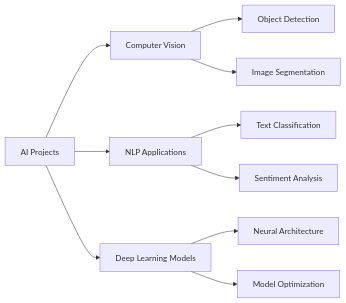
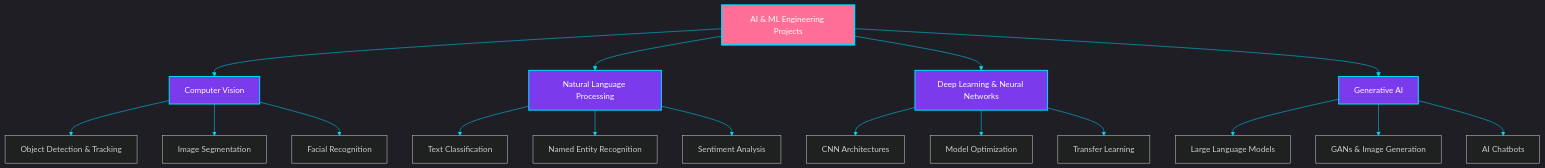
Before and after one commit to mostafaabdoelgohary2003AI/mostafaabdoelgohary2003AI: the diagram in README.md, drawn with Mermaid. The commit also changed other lines of this file, not shown here.

````diff
--- a/README.md
+++ b/README.md
@@ -210,12 +210,32 @@
 ```mermaid
-graph LR
-    A[AI Projects] --> B[Computer Vision]
-    A --> C[NLP Applications]
-    A --> D[Deep Learning Models]
-    B --> E[Object Detection]
-    B --> F[Image Segmentation]
-    C --> G[Text Classification]
-    C --> H[Sentiment Analysis]
-    D --> I[Neural Architecture]
-    D --> J[Model Optimization]
+%%{init: {'theme':'dark', 'themeVariables': { 'primaryColor':'#ff6e96','primaryTextColor':'#fff','primaryBorderColor':'#00d9ff','lineColor':'#00d9ff','secondaryColor':'#7c3aed','tertiaryColor':'#1e293b','fontSize':'16px','fontFamily':'Segoe UI'}}}%%
+graph TB
+    A[AI & ML Engineering Projects]
+    
+    A --> B[Computer Vision]
+    A --> C[Natural Language Processing]
+    A --> D[Deep Learning & Neural Networks]
+    A --> E[Generative AI]
+    
+    B --> B1[Object Detection & Tracking]
+    B --> B2[Image Segmentation]
+    B --> B3[Facial Recognition]
+    
+    C --> C1[Text Classification]
+    C --> C2[Named Entity Recognition]
+    C --> C3[Sentiment Analysis]
+    
+    D --> D1[CNN Architectures]
+    D --> D2[Model Optimization]
+    D --> D3[Transfer Learning]
+    
+    E --> E1[Large Language Models]
+    E --> E2[GANs & Image Generation]
+    E --> E3[AI Chatbots]
+    
+    style A fill:#ff6e96,stroke:#00d9ff,stroke-width:3px,color:#fff
+    style B fill:#7c3aed,stroke:#00d9ff,stroke-width:2px,color:#fff
+    style C fill:#7c3aed,stroke:#00d9ff,stroke-width:2px,color:#fff
+    style D fill:#7c3aed,stroke:#00d9ff,stroke-width:2px,color:#fff
+    style E fill:#7c3aed,stroke:#00d9ff,stroke-width:2px,color:#fff
 ```
````
